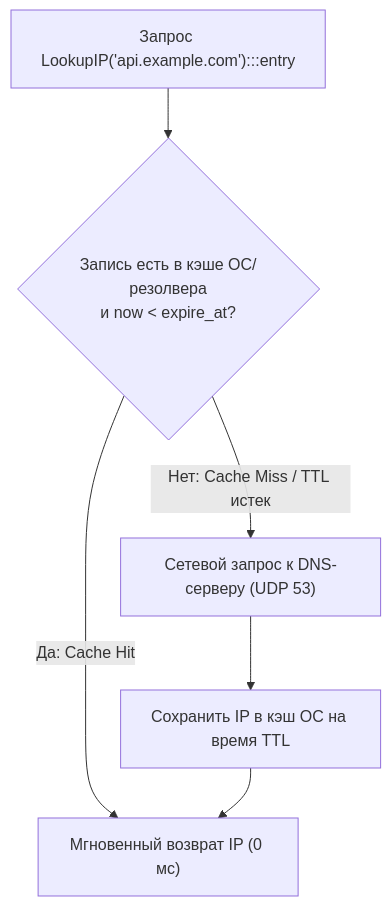
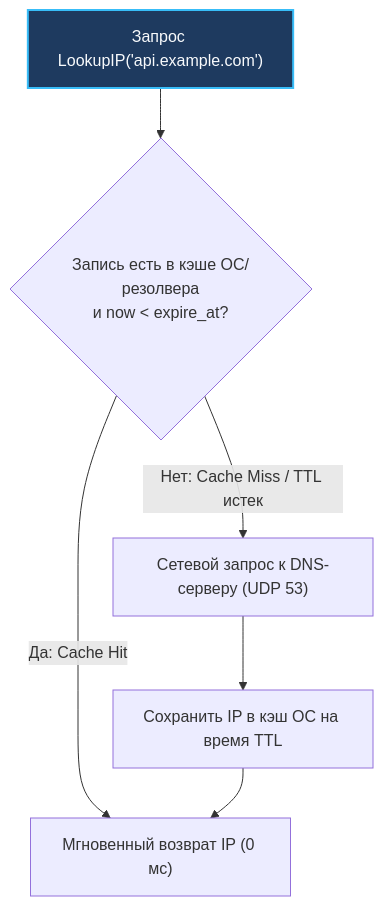
The fourth of 4 diagrams in sources/3. Компьютерные сети и сетевой стек/17. DNS под капотом. Record Types, TTL, Recursive Resolver, кеширование.md (UnrealTemplier/go-textbook-ru), drawn with Mermaid before and after one commit. The commit also changed other lines of this file and 166 other files, not shown here.

First line of the commit message:
fix(mermaid): move :::class out of quoted node labels

````diff
--- a/sources/3. Компьютерные сети и сетевой стек/17. DNS под капотом. Record Types, TTL, Recursive Resolver, кеширование.md
+++ b/sources/3. Компьютерные сети и сетевой стек/17. DNS под капотом. Record Types, TTL, Recursive Resolver, кеширование.md
@@ -182,18 +182,18 @@
 ```mermaid
 flowchart TD
     classDef process  fill:#1e293b,stroke:#38bdf8,stroke-width:1px,color:#f8fafc
     classDef success  fill:#064e3b,stroke:#34d399,stroke-width:1px,color:#f8fafc
     classDef error    fill:#7f1d1d,stroke:#f87171,stroke-width:1px,color:#f8fafc
     classDef warning  fill:#78350f,stroke:#fbbf24,stroke-width:1px,color:#f8fafc
     classDef entry    fill:#1e3a5f,stroke:#38bdf8,stroke-width:2px,color:#f8fafc
     classDef aux      fill:#334155,stroke:#64748b,stroke-width:1px,color:#f8fafc
     classDef system   fill:#312e81,stroke:#a78bfa,stroke-width:1px,color:#f8fafc
     classDef data     fill:#132d29,stroke:#2dd4bf,stroke-width:1px,color:#f8fafc
     classDef network  fill:#881337,stroke:#fb7185,stroke-width:1px,color:#f8fafc
     classDef accent   fill:#1e1b4b,stroke:#818cf8,stroke-width:1px,color:#f8fafc
-    REQ["Запрос LookupIP('api.example.com'):::entry"] --> CHECK{"Запись есть в кэше ОС/резолвера<br>и now < expire_at?"}
+    REQ["Запрос LookupIP('api.example.com')"]:::entry --> CHECK{"Запись есть в кэше ОС/резолвера<br>и now < expire_at?"}
     CHECK -->|Да: Cache Hit| RET["Мгновенный возврат IP (0 мс)"]
     CHECK -->|Нет: Cache Miss / TTL истек| NET["Сетевой запрос к DNS-серверу (UDP 53)"]
     NET --> SAVE["Сохранить IP в кэш ОС на время TTL"]
     SAVE --> RET
 ```
````
